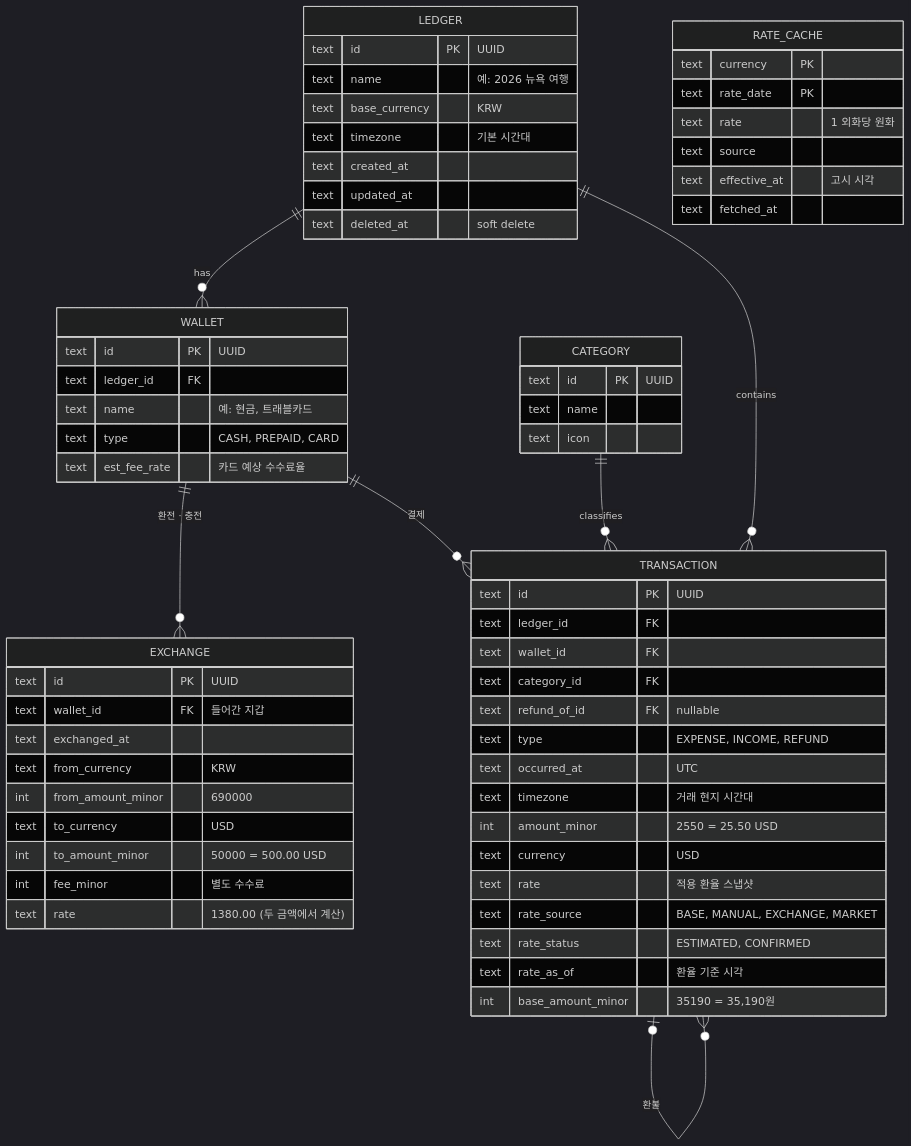
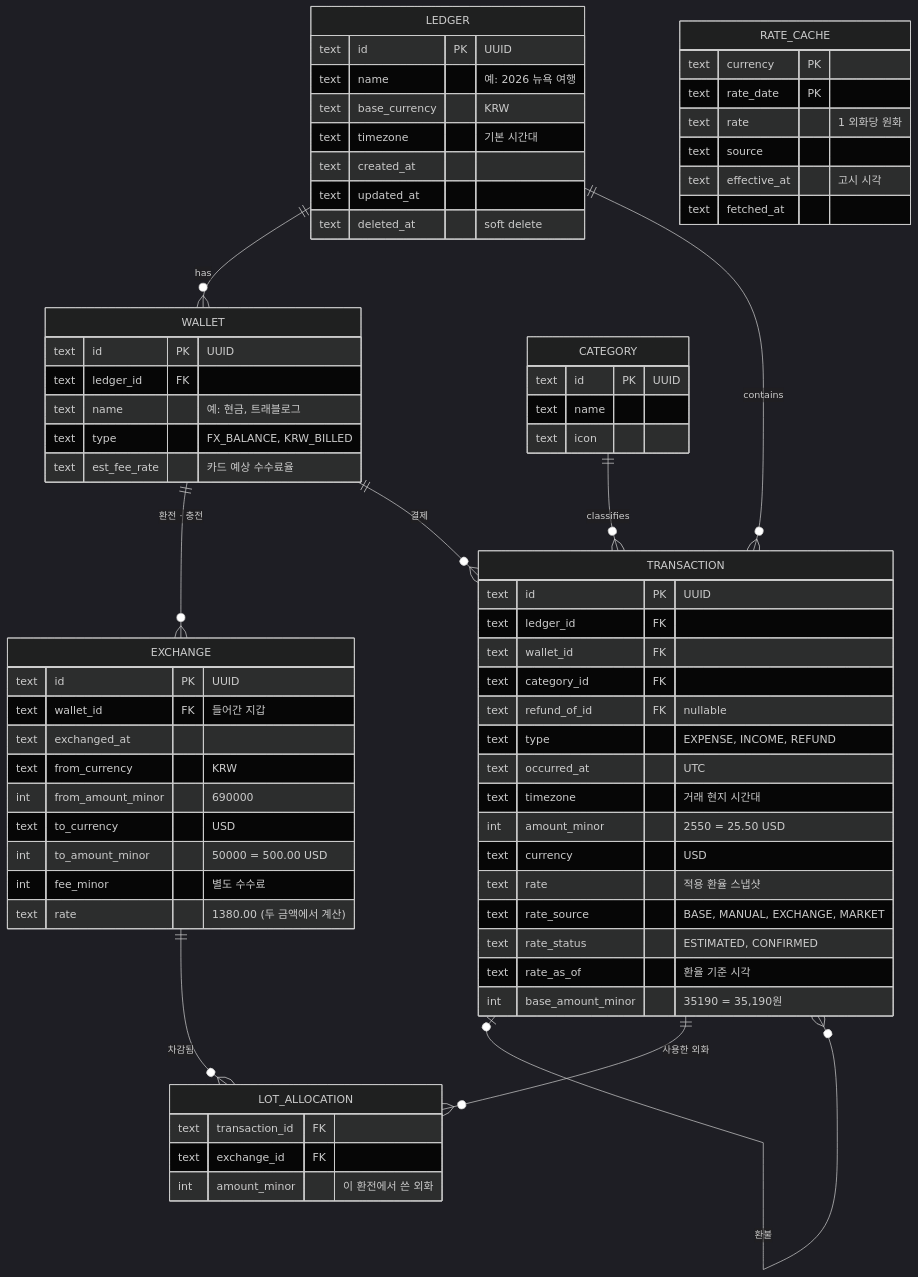
The fifth of 5 diagrams in docs/01-architecture.md (Xeoyeon/tradger), drawn with Mermaid (dark theme) before and after one commit. The commit also changed other lines of this file and 2 other files, not shown here.

````diff
--- a/docs/01-architecture.md
+++ b/docs/01-architecture.md
@@ -230,67 +230,74 @@
 ```mermaid
 erDiagram
   LEDGER ||--o{ WALLET : has
   LEDGER ||--o{ TRANSACTION : contains
   WALLET ||--o{ EXCHANGE : "환전 · 충전"
   WALLET ||--o{ TRANSACTION : "결제"
   CATEGORY ||--o{ TRANSACTION : classifies
   TRANSACTION |o--o{ TRANSACTION : "환불"
+  TRANSACTION ||--o{ LOT_ALLOCATION : "사용한 외화"
+  EXCHANGE ||--o{ LOT_ALLOCATION : "차감됨"
 
   LEDGER {
     text id PK "UUID"
     text name "예: 2026 뉴욕 여행"
     text base_currency "KRW"
     text timezone "기본 시간대"
     text created_at
     text updated_at
     text deleted_at "soft delete"
   }
   WALLET {
     text id PK "UUID"
     text ledger_id FK
-    text name "예: 현금, 트래블카드"
-    text type "CASH, PREPAID, CARD"
+    text name "예: 현금, 트래블로그"
+    text type "FX_BALANCE, KRW_BILLED"
     text est_fee_rate "카드 예상 수수료율"
   }
   EXCHANGE {
     text id PK "UUID"
     text wallet_id FK "들어간 지갑"
     text exchanged_at
     text from_currency "KRW"
     int from_amount_minor "690000"
     text to_currency "USD"
     int to_amount_minor "50000 = 500.00 USD"
     int fee_minor "별도 수수료"
     text rate "1380.00 (두 금액에서 계산)"
   }
   TRANSACTION {
     text id PK "UUID"
     text ledger_id FK
     text wallet_id FK
     text category_id FK
     text refund_of_id FK "nullable"
     text type "EXPENSE, INCOME, REFUND"
     text occurred_at "UTC"
     text timezone "거래 현지 시간대"
     int amount_minor "2550 = 25.50 USD"
     text currency "USD"
     text rate "적용 환율 스냅샷"
     text rate_source "BASE, MANUAL, EXCHANGE, MARKET"
     text rate_status "ESTIMATED, CONFIRMED"
     text rate_as_of "환율 기준 시각"
     int base_amount_minor "35190 = 35,190원"
   }
   CATEGORY {
     text id PK "UUID"
     text name
     text icon
   }
+  LOT_ALLOCATION {
+    text transaction_id FK
+    text exchange_id FK
+    int amount_minor "이 환전에서 쓴 외화"
+  }
   RATE_CACHE {
     text currency PK
     text rate_date PK
     text rate "1 외화당 원화"
     text source
     text effective_at "고시 시각"
     text fetched_at
   }
 ```
````
